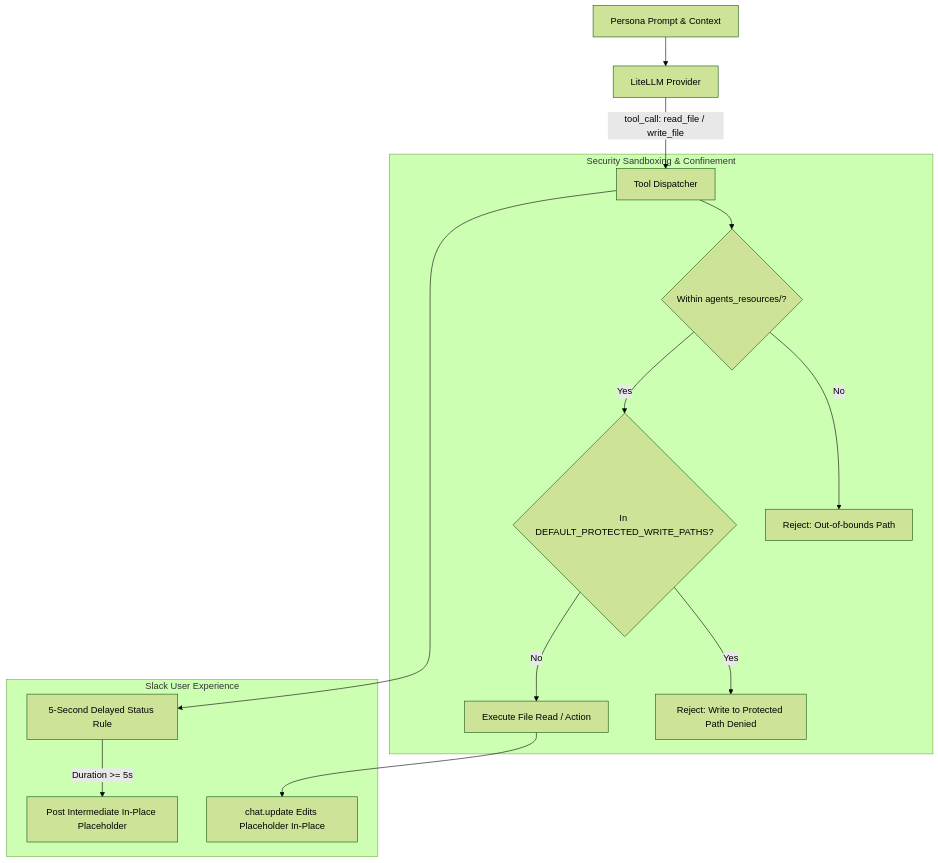
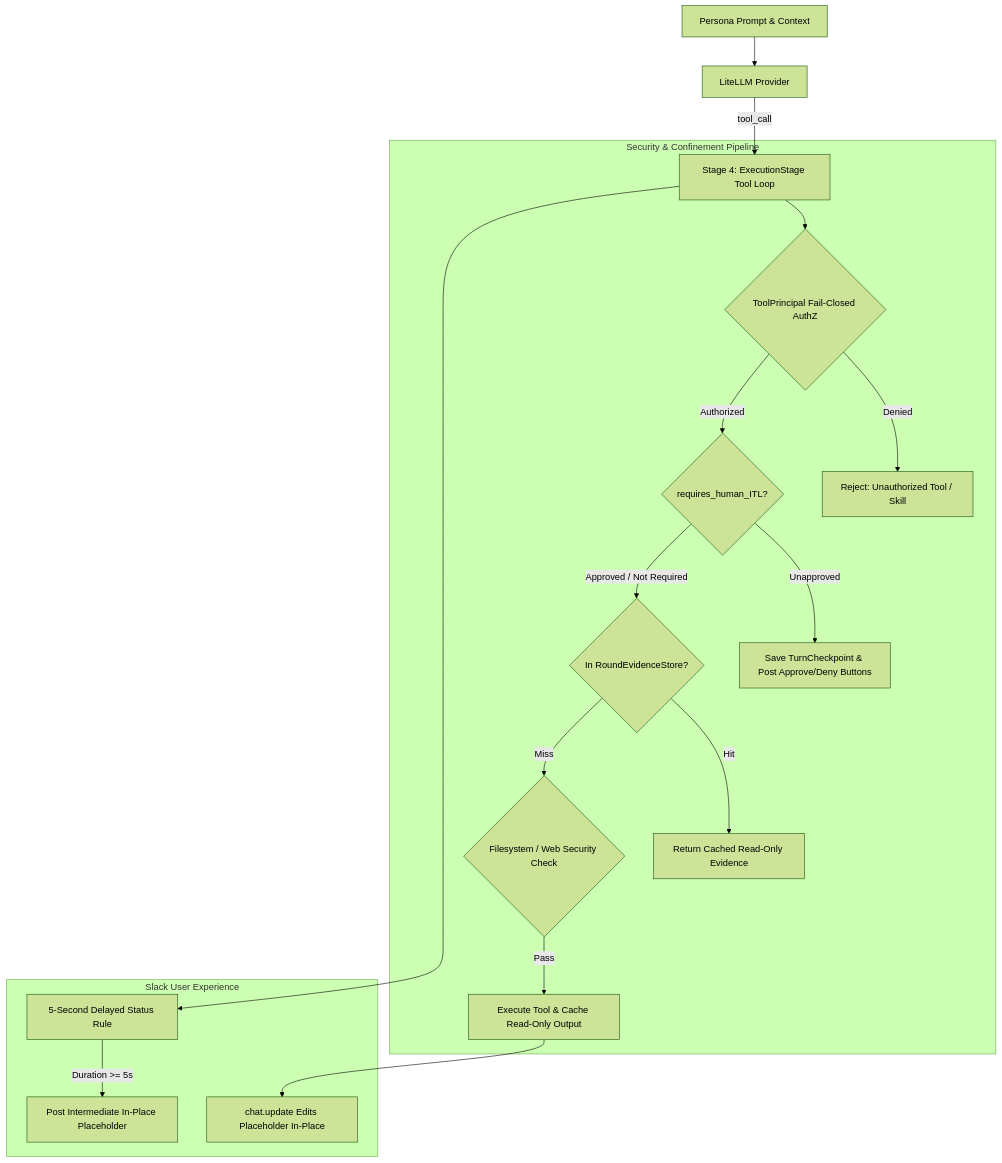
Before and after one commit to BranMik/Izvor: the diagram in docs/agents-and-skills/mcp-and-tools.md, drawn with Mermaid (forest theme). The commit also changed other lines of this file and 136 other files, not shown here.

````diff
--- a/docs/agents-and-skills/mcp-and-tools.md
+++ b/docs/agents-and-skills/mcp-and-tools.md
@@ -13,19 +11,22 @@
 ```mermaid
 graph TD
     Persona[Persona Prompt & Context] --> LLM[LiteLLM Provider]
-    LLM -->|tool_call: read_file / write_file| Dispatcher[Tool Dispatcher]
+    LLM -->|tool_call| Dispatcher["Stage 4: ExecutionStage Tool Loop"]
     
-    subgraph Security Sandboxing & Confinement
-        Dispatcher --> SandboxCheck{Within agents_resources/?}
-        SandboxCheck -->|No| SandboxedErr[Reject: Out-of-bounds Path]
-        SandboxCheck -->|Yes| ProtectedCheck{In DEFAULT_PROTECTED_WRITE_PATHS?}
-        ProtectedCheck -->|Yes| BlockedErr[Reject: Write to Protected Path Denied]
-        ProtectedCheck -->|No| Execution[Execute File Read / Action]
+    subgraph Security & Confinement Pipeline
+        Dispatcher --> PrincipalCheck{"ToolPrincipal Fail-Closed AuthZ"}
+        PrincipalCheck -->|Denied| AuthErr["Reject: Unauthorized Tool / Skill"]
+        PrincipalCheck -->|Authorized| HITLCheck{"requires_human_ITL?"}
+        HITLCheck -->|Unapproved| SaveCP["Save TurnCheckpoint & Post Approve/Deny Buttons"]
+        HITLCheck -->|Approved / Not Required| CacheCheck{"In RoundEvidenceStore?"}
+        CacheCheck -->|Hit| ReturnCached["Return Cached Read-Only Evidence"]
+        CacheCheck -->|Miss| SandboxCheck{"Filesystem / Web Security Check"}
+        SandboxCheck -->|Pass| Execution["Execute Tool & Cache Read-Only Output"]
     end
     
     subgraph Slack User Experience
         Dispatcher --> Timer[5-Second Delayed Status Rule]
         Timer -->|Duration >= 5s| SlackStatus[Post Intermediate In-Place Placeholder]
         Execution --> Finalize[chat.update Edits Placeholder In-Place]
     end
 ```
````
